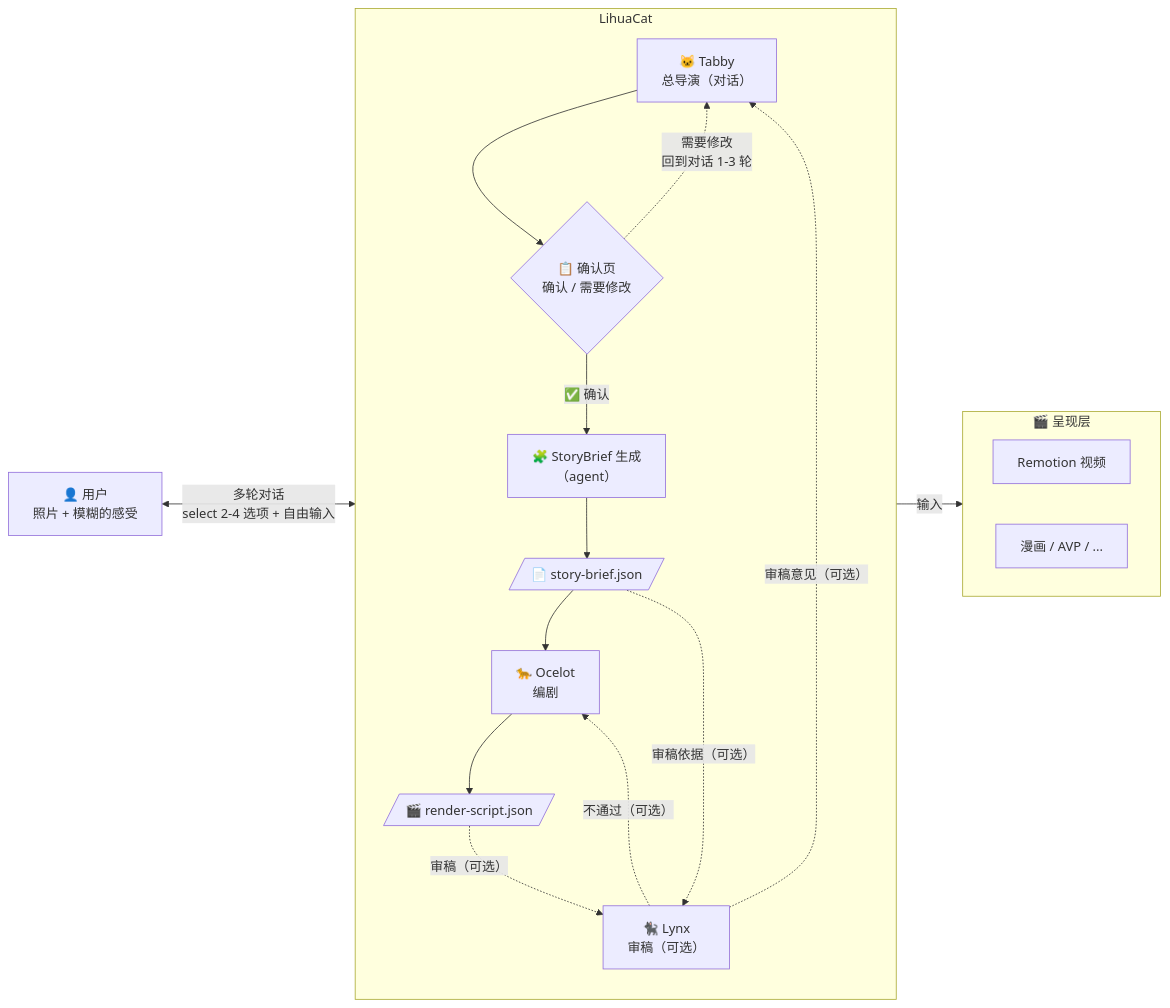
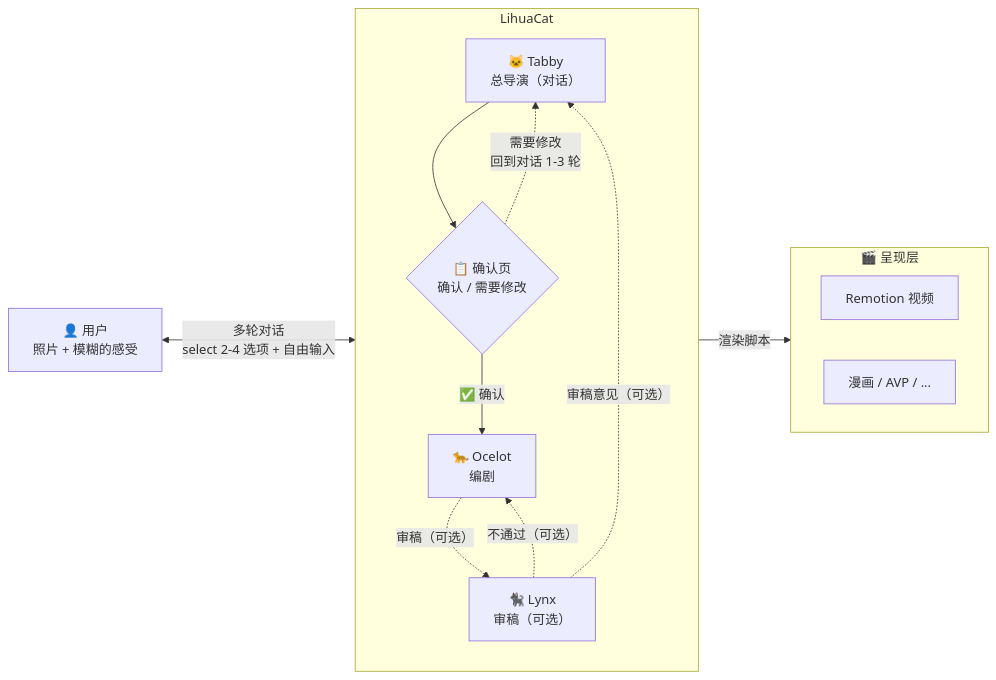
Before and after one commit to chiimagnus/LihuaCat: the diagram in .github/docs/LihuaCat未来.md, drawn with Mermaid. The commit also changed other lines of this file, not shown here.

````diff
--- a/.github/docs/LihuaCat未来.md
+++ b/.github/docs/LihuaCat未来.md
@@ -111,35 +111,28 @@
 ```mermaid
 flowchart LR
     User["👤 用户<br>照片 + 模糊的感受"]
 
     subgraph Core ["LihuaCat"]
         direction TB
         Tabby["🐱 Tabby<br>总导演（对话）"]
         Confirm{"📋 确认页<br>确认 / 需要修改"}
-        BriefGen["🧩 StoryBrief 生成<br>（agent）"]
         Ocelot["🐆 Ocelot<br>编剧"]
         Lynx["🐈‍⬛ Lynx<br>审稿（可选）"]
-        Brief[/"📄 story-brief.json"/]
-        RS[/"🎬 render-script.json"/]
     end
 
     User <-->|"多轮对话<br>select 2-4 选项 + 自由输入"| Tabby
     Tabby --> Confirm
     Confirm -.->|"需要修改<br>回到对话 1-3 轮"| Tabby
-    Confirm -->|"✅ 确认"| BriefGen
-    BriefGen --> Brief
-    Brief --> Ocelot
-    Ocelot --> RS
-    RS -.->|"审稿（可选）"| Lynx
-    Brief -.->|"审稿依据（可选）"| Lynx
+    Confirm -->|"✅ 确认"| Ocelot
+    Ocelot -.->|"审稿（可选）"| Lynx
     Lynx -.->|"审稿意见（可选）"| Tabby
     Lynx -.->|"不通过（可选）"| Ocelot
 
     subgraph Render ["🎬 呈现层"]
         direction LR
         R1["Remotion 视频"]
         R2["漫画 / AVP / ..."]
     end
 
-    RS -->|"输入"| Render
+    Ocelot -->|"渲染脚本"| Render
 ```
````
